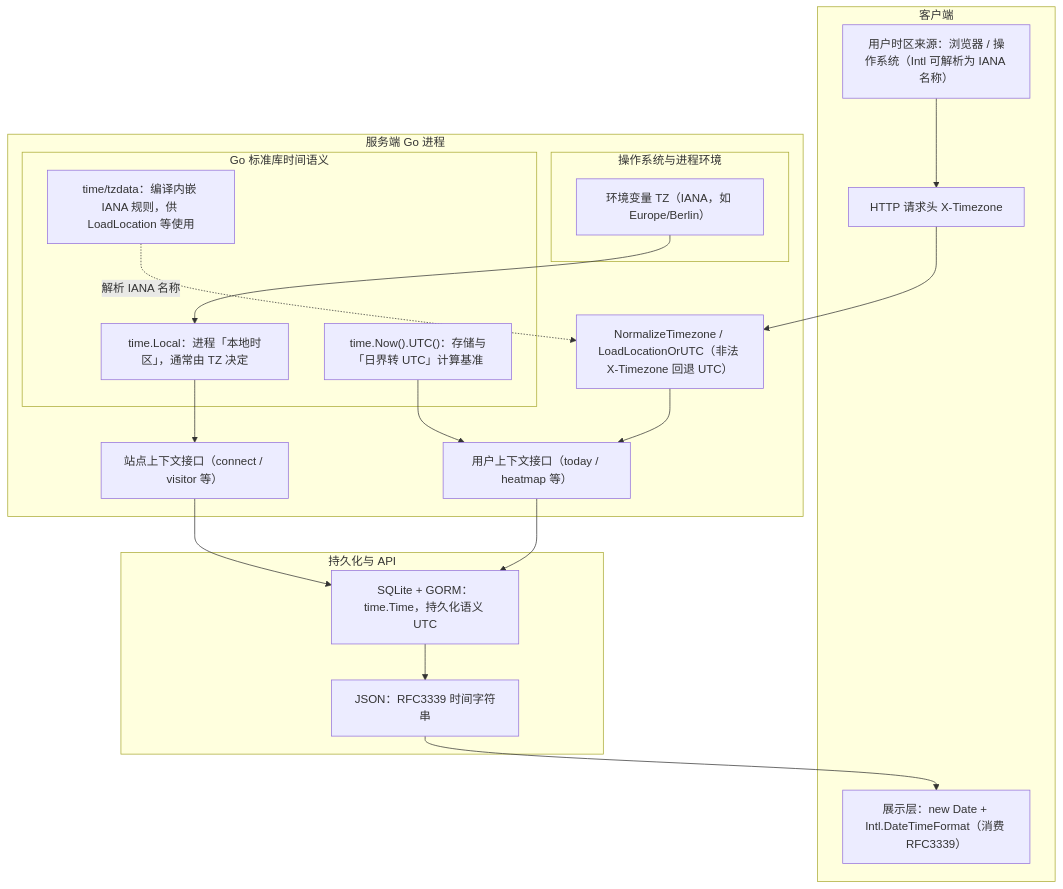
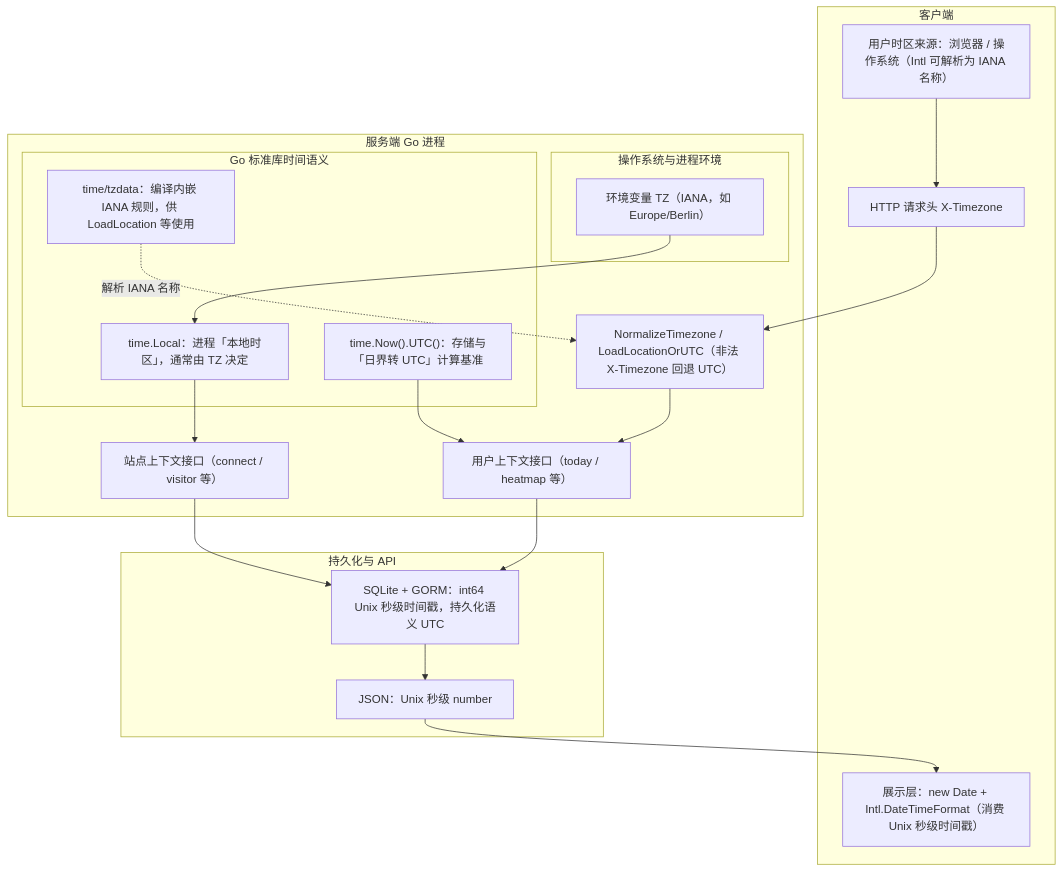
Before and after one commit to tszlznl/Ech0: the diagram in docs/dev/timezone-design.md, drawn with Mermaid. The commit also changed other lines of this file and 62 other files, not shown here.

First line of the commit message:
refactor(time): transition to Unix timestamp for time storage and handling

````diff
--- a/docs/dev/timezone-design.md
+++ b/docs/dev/timezone-design.md
@@ -22,38 +22,38 @@
 ```mermaid
 flowchart TB
     subgraph client [客户端]
         tzFromUA["用户时区来源：浏览器 / 操作系统（Intl 可解析为 IANA 名称）"]
         xTz["HTTP 请求头 X-Timezone"]
-        render["展示层：new Date + Intl.DateTimeFormat（消费 RFC3339）"]
+        render["展示层：new Date + Intl.DateTimeFormat（消费 Unix 秒级时间戳）"]
         tzFromUA --> xTz
     end
 
     subgraph server [服务端 Go 进程]
         subgraph host [操作系统与进程环境]
             tzEnv["环境变量 TZ（IANA，如 Europe/Berlin）"]
         end
         subgraph gotime [Go 标准库时间语义]
             tzdata["time/tzdata：编译内嵌 IANA 规则，供 LoadLocation 等使用"]
             tLocal["time.Local：进程「本地时区」，通常由 TZ 决定"]
             tUtc["time.Now().UTC()：存储与「日界转 UTC」计算基准"]
         end
         norm["NormalizeTimezone / LoadLocationOrUTC（非法 X-Timezone 回退 UTC）"]
         userApi["用户上下文接口（today / heatmap 等）"]
         siteApi["站点上下文接口（connect / visitor 等）"]
         tzEnv --> tLocal
         tzdata -. 解析 IANA 名称 .-> norm
         xTz --> norm
         norm --> userApi
         tUtc --> userApi
         tLocal --> siteApi
     end
 
     subgraph storage [持久化与 API]
-        db["SQLite + GORM：time.Time，持久化语义 UTC"]
-        api["JSON：RFC3339 时间字符串"]
+        db["SQLite + GORM：int64 Unix 秒级时间戳，持久化语义 UTC"]
+        api["JSON：Unix 秒级 number"]
     end
 
     userApi --> db
     siteApi --> db
     db --> api --> render
 ```
````
